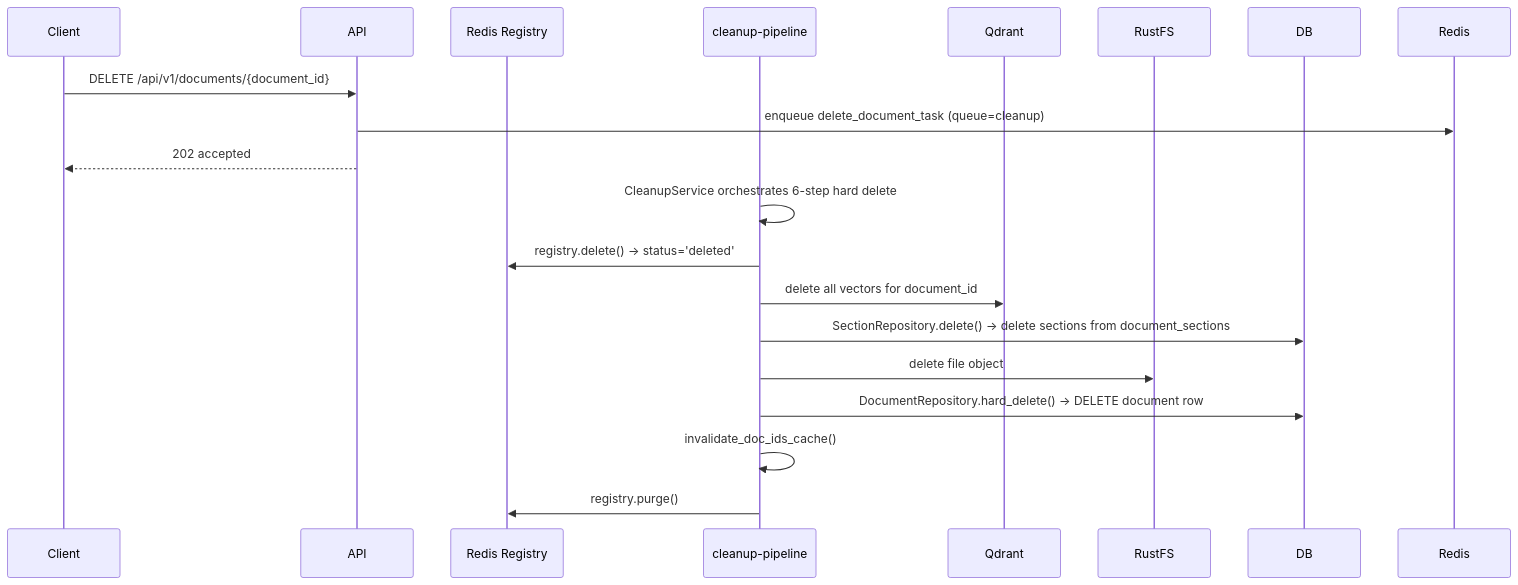
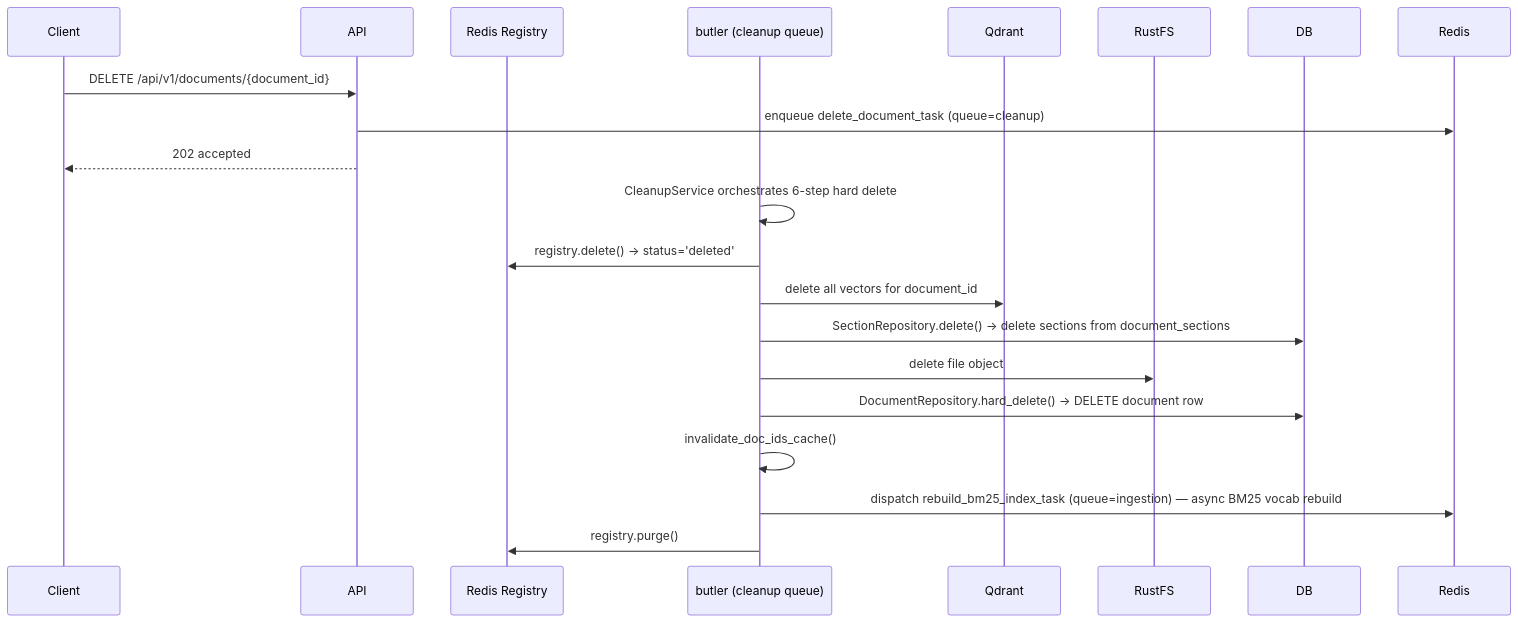
The third of 5 diagrams in docs/02_WORKFLOWS.md (qtuanph/chatbot-rag), drawn with Mermaid before and after one commit. The commit also changed other lines of this file and 50 other files, not shown here.

````diff
--- a/docs/02_WORKFLOWS.md
+++ b/docs/02_WORKFLOWS.md
@@ -131,23 +133,24 @@
 ```mermaid
 sequenceDiagram
     participant Client
     participant API
     participant Registry as Redis Registry
-    participant Cleanup as cleanup-pipeline
+    participant Cleanup as butler (cleanup queue)
     participant Qdrant
     participant RustFS
     participant DB
 
     Client->>API: DELETE /api/v1/documents/{document_id}
     API->>Redis: enqueue delete_document_task (queue=cleanup)
     API-->>Client: 202 accepted
 
     Cleanup->>Cleanup: CleanupService orchestrates 6-step hard delete
     Cleanup->>Registry: registry.delete() → status='deleted'
     Cleanup->>Qdrant: delete all vectors for document_id
     Cleanup->>DB: SectionRepository.delete() → delete sections from document_sections
     Cleanup->>RustFS: delete file object
     Cleanup->>DB: DocumentRepository.hard_delete() → DELETE document row
     Cleanup->>Cleanup: invalidate_doc_ids_cache()
+    Cleanup->>Redis: dispatch rebuild_bm25_index_task (queue=ingestion) — async BM25 vocab rebuild
     Cleanup->>Registry: registry.purge()
 ```
````
